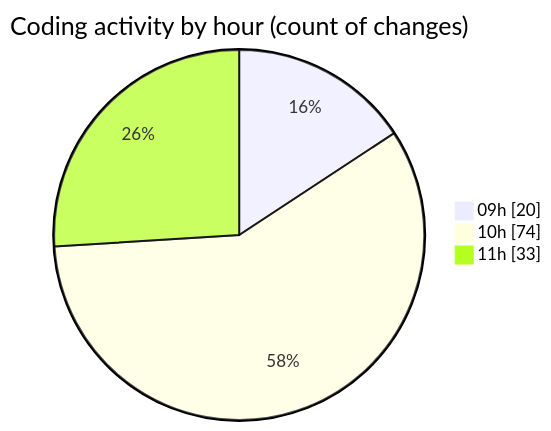
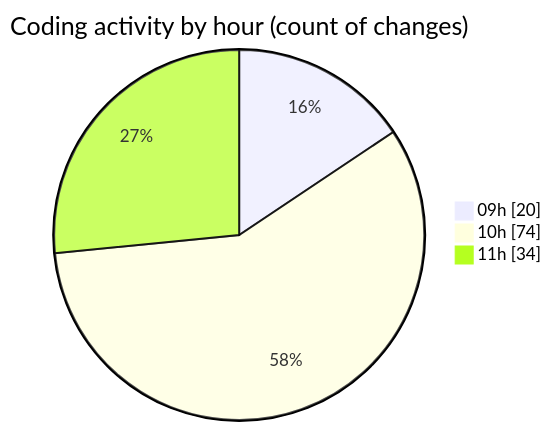
Before and after one commit to CELIANVF/code-tracking: the second of 2 diagrams in 2025-06-06/ecodeli-1/README.md, drawn with Mermaid. The commit also changed other lines of this file and 1 other file, not shown here.

````diff
--- a/2025-06-06/ecodeli-1/README.md
+++ b/2025-06-06/ecodeli-1/README.md
@@ -70,7 +70,7 @@
 ```mermaid
 pie showData
 title Coding activity by hour (count of changes)
 "09h" : 20
 "10h" : 74
-"11h" : 33
+"11h" : 34
 ```
````
